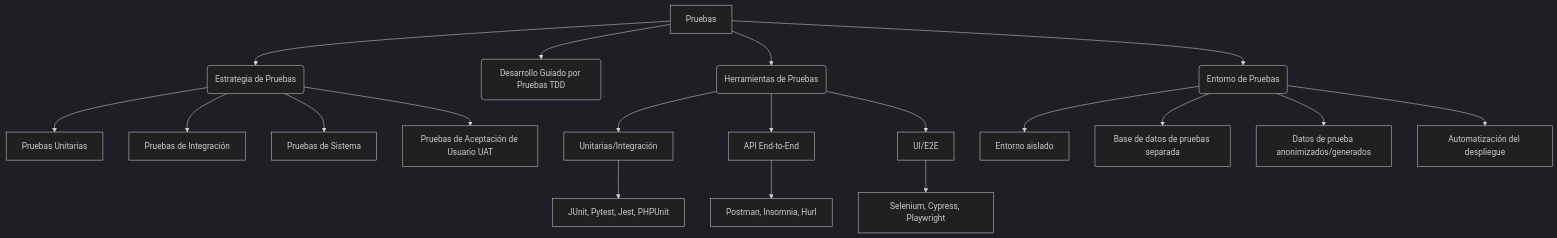
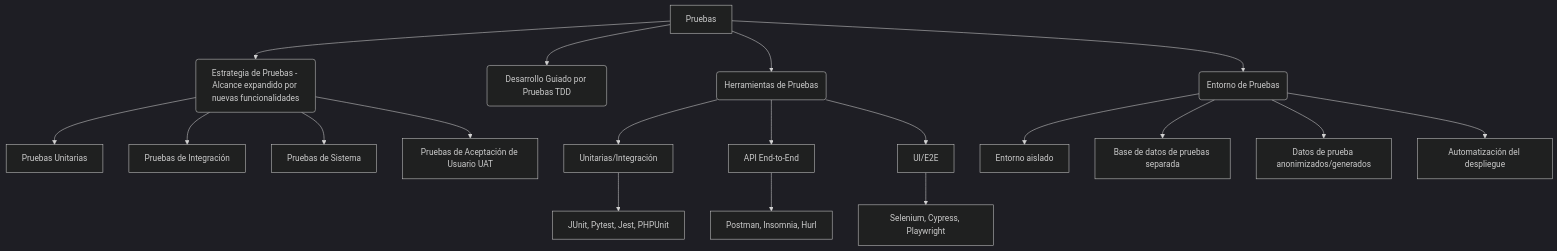
The diagram in documentation/testing.mmd (jmrodev/kindergarten_management), drawn with Mermaid (dark theme) before and after one commit. The commit also changed 4 other files, not shown here.

```diff
--- a/documentation/testing.mmd
+++ b/documentation/testing.mmd
@@ -1,23 +1,23 @@
 graph TD
-    A[Pruebas] --> B(Estrategia de Pruebas)
+    A[Pruebas] --> B(Estrategia de Pruebas - Alcance expandido por nuevas funcionalidades)
     A --> C(Desarrollo Guiado por Pruebas TDD)
     A --> D(Herramientas de Pruebas)
     A --> E(Entorno de Pruebas)
 
     B --> B1[Pruebas Unitarias]
     B --> B2[Pruebas de Integración]
     B --> B3[Pruebas de Sistema]
     B --> B4[Pruebas de Aceptación de Usuario UAT]
 
     D --> D1[Unitarias/Integración]
     D --> D2[API End-to-End]
     D --> D3[UI/E2E]
 
     D1 --> D1_1[JUnit, Pytest, Jest, PHPUnit]
     D2 --> D2_1[Postman, Insomnia, Hurl]
     D3 --> D3_1[Selenium, Cypress, Playwright]
 
     E --> E1[Entorno aislado]
     E --> E2[Base de datos de pruebas separada]
     E --> E3[Datos de prueba anonimizados/generados]
     E --> E4[Automatización del despliegue]
```
